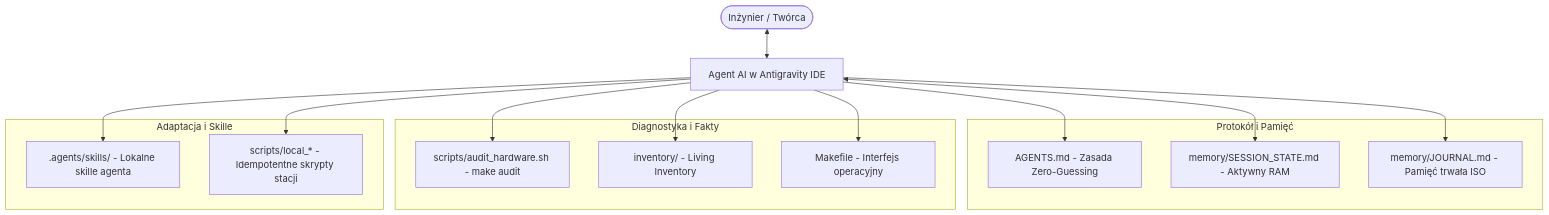
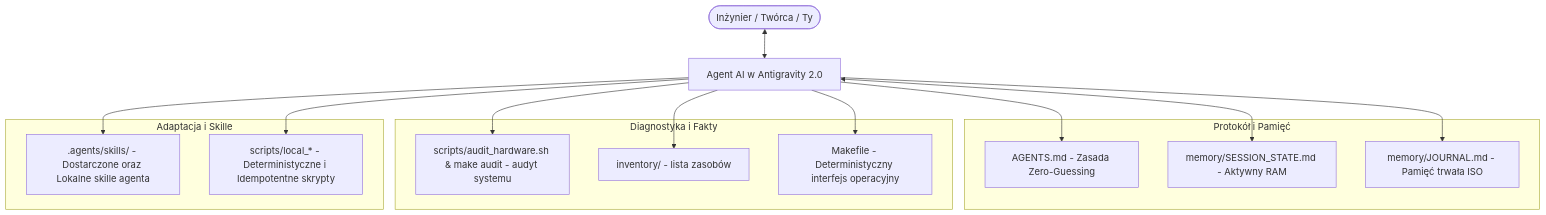
Before and after one commit to mnemoshift/pl-agentic-sysadmin: the diagram in README.md, drawn with Mermaid. The commit also changed other lines of this file and 3 other files, not shown here.

````diff
--- a/README.md
+++ b/README.md
@@ -54,30 +57,30 @@
 ```mermaid
 graph TD
-    User([Inżynier / Twórca]) <--> Agent[Agent AI w Antigravity IDE]
+    User([Inżynier / Twórca / Ty]) <--> Agent[Agent AI w Antigravity 2.0]
     
     subgraph Protokół i Pamięć
         AGENTS[AGENTS.md - Zasada Zero-Guessing]
         STATE[memory/SESSION_STATE.md - Aktywny RAM]
-        JRNL[memory/JOURNAL.md - Pamięć trwała ISO]
+        MEMORY[memory/JOURNAL.md - Pamięć trwała ISO]
     end
 
     subgraph Diagnostyka i Fakty
-        Audit[scripts/audit_hardware.sh - make audit]
-        Inv[inventory/ - Living Inventory]
-        Make[Makefile - Interfejs operacyjny]
+        Audit[scripts/audit_hardware.sh & make audit - audyt systemu]
+        Inventory[inventory/ - lista zasobów]
+        Make[Makefile - Deterministyczny interfejs operacyjny]
     end
 
     subgraph Adaptacja i Skille
-        Skills[.agents/skills/ - Lokalne skille agenta]
-        LocalScripts[scripts/local_* - Idempotentne skrypty stacji]
+        Skills[.agents/skills/ - Dostarczone oraz Lokalne skille agenta]
+        LocalScripts[scripts/local_* - Deterministyczne i Idempotentne skrypty]
     end
 
     Agent --> AGENTS
     Agent <--> STATE
-    Agent --> JRNL
+    Agent --> MEMORY
     Agent --> Audit
-    Agent --> Inv
+    Agent --> Inventory
     Agent --> Make
     Agent --> Skills
     Agent --> LocalScripts
 ```
````
